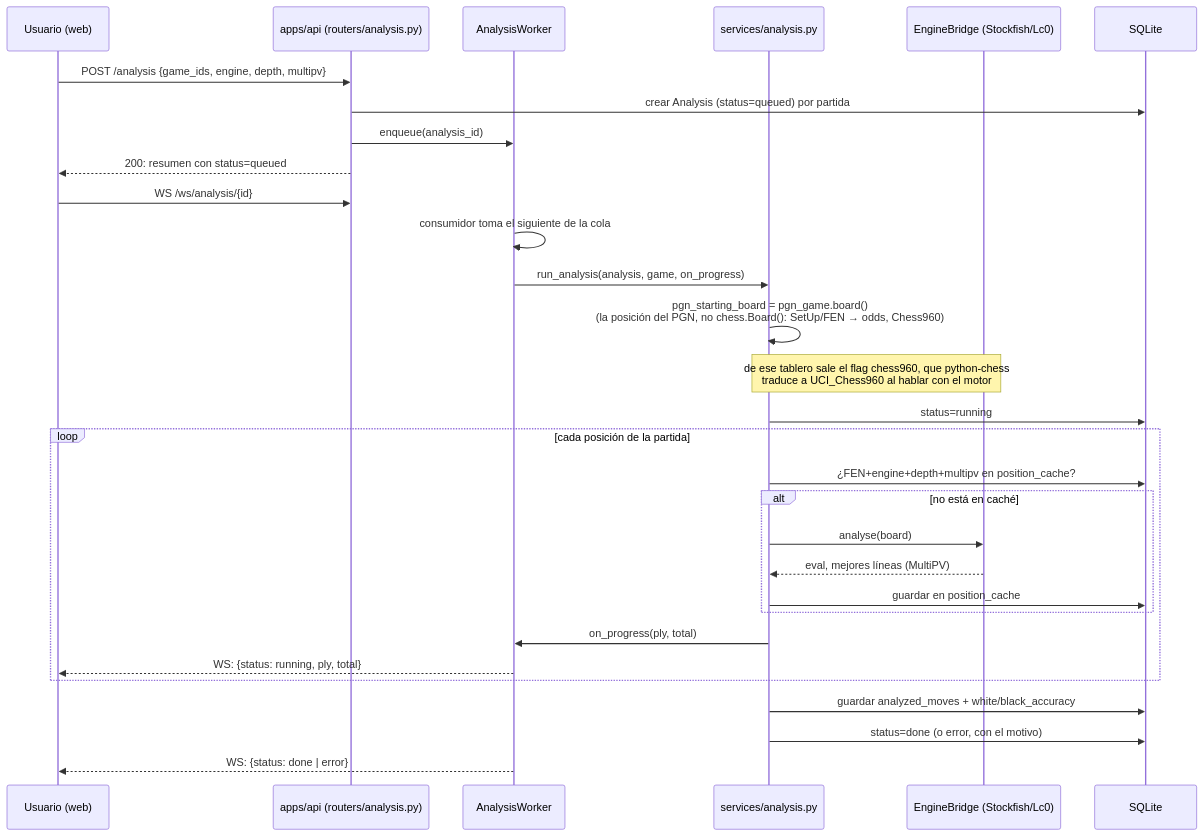
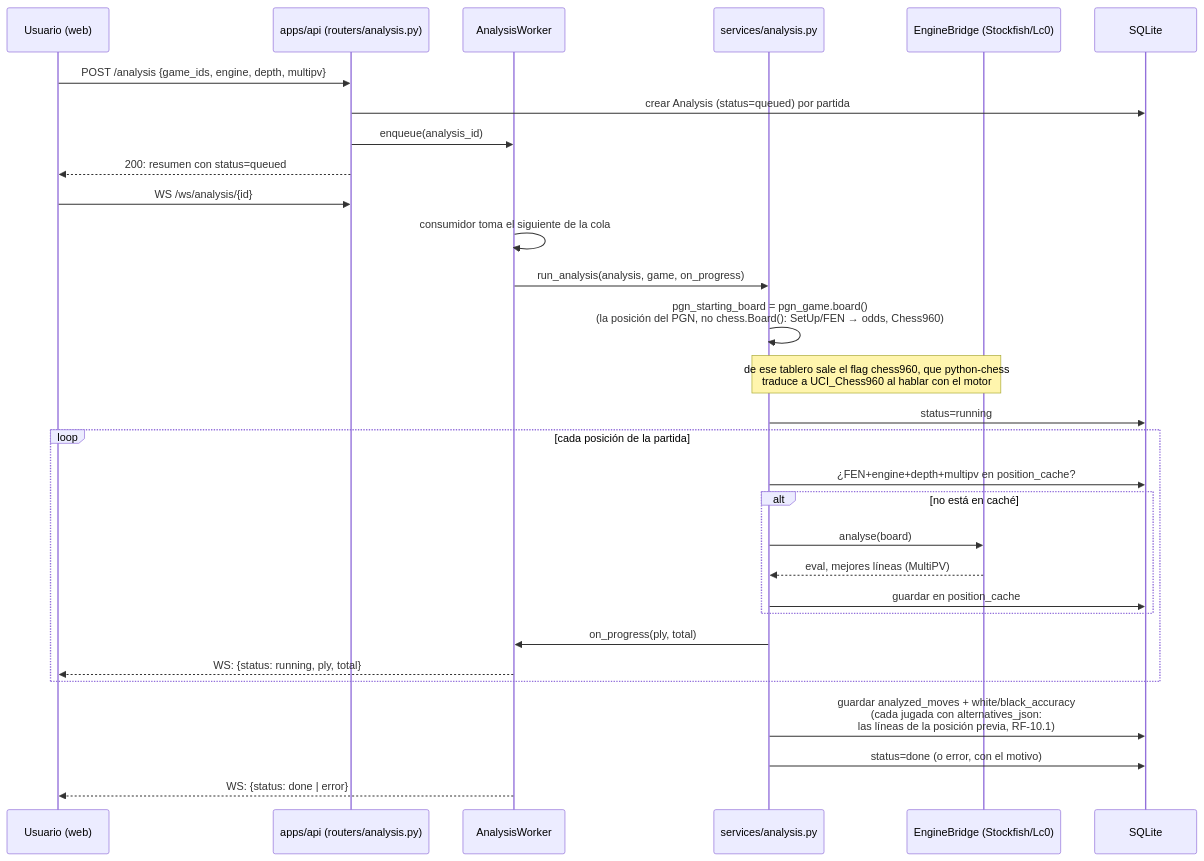
The fourth of 6 diagrams in docs/06-mapa-del-proyecto.md (SirJsus/LUCIA), drawn with Mermaid before and after one commit. The commit also changed other lines of this file and 54 other files, not shown here.

````diff
--- a/docs/06-mapa-del-proyecto.md
+++ b/docs/06-mapa-del-proyecto.md
@@ -153,34 +157,34 @@
 ```mermaid
 sequenceDiagram
     participant U as Usuario (web)
     participant A as apps/api (routers/analysis.py)
     participant WK as AnalysisWorker
     participant S as services/analysis.py
     participant E as EngineBridge (Stockfish/Lc0)
     participant DB as SQLite
 
     U->>A: POST /analysis {game_ids, engine, depth, multipv}
     A->>DB: crear Analysis (status=queued) por partida
     A->>WK: enqueue(analysis_id)
     A-->>U: 200: resumen con status=queued
 
     U->>A: WS /ws/analysis/{id}
     WK->>WK: consumidor toma el siguiente de la cola
     WK->>S: run_analysis(analysis, game, on_progress)
     S->>S: pgn_starting_board = pgn_game.board()<br/>(la posición del PGN, no chess.Board(): SetUp/FEN → odds, Chess960)
     Note over S,E: de ese tablero sale el flag chess960, que python-chess<br/>traduce a UCI_Chess960 al hablar con el motor
     S->>DB: status=running
     loop cada posición de la partida
         S->>DB: ¿FEN+engine+depth+multipv en position_cache?
         alt no está en caché
             S->>E: analyse(board)
             E-->>S: eval, mejores líneas (MultiPV)
             S->>DB: guardar en position_cache
         end
         S->>WK: on_progress(ply, total)
         WK-->>U: WS: {status: running, ply, total}
     end
-    S->>DB: guardar analyzed_moves + white/black_accuracy
+    S->>DB: guardar analyzed_moves + white/black_accuracy<br/>(cada jugada con alternatives_json:<br/>las líneas de la posición previa, RF-10.1)
     S->>DB: status=done (o error, con el motivo)
     WK-->>U: WS: {status: done | error}
 ```
````
